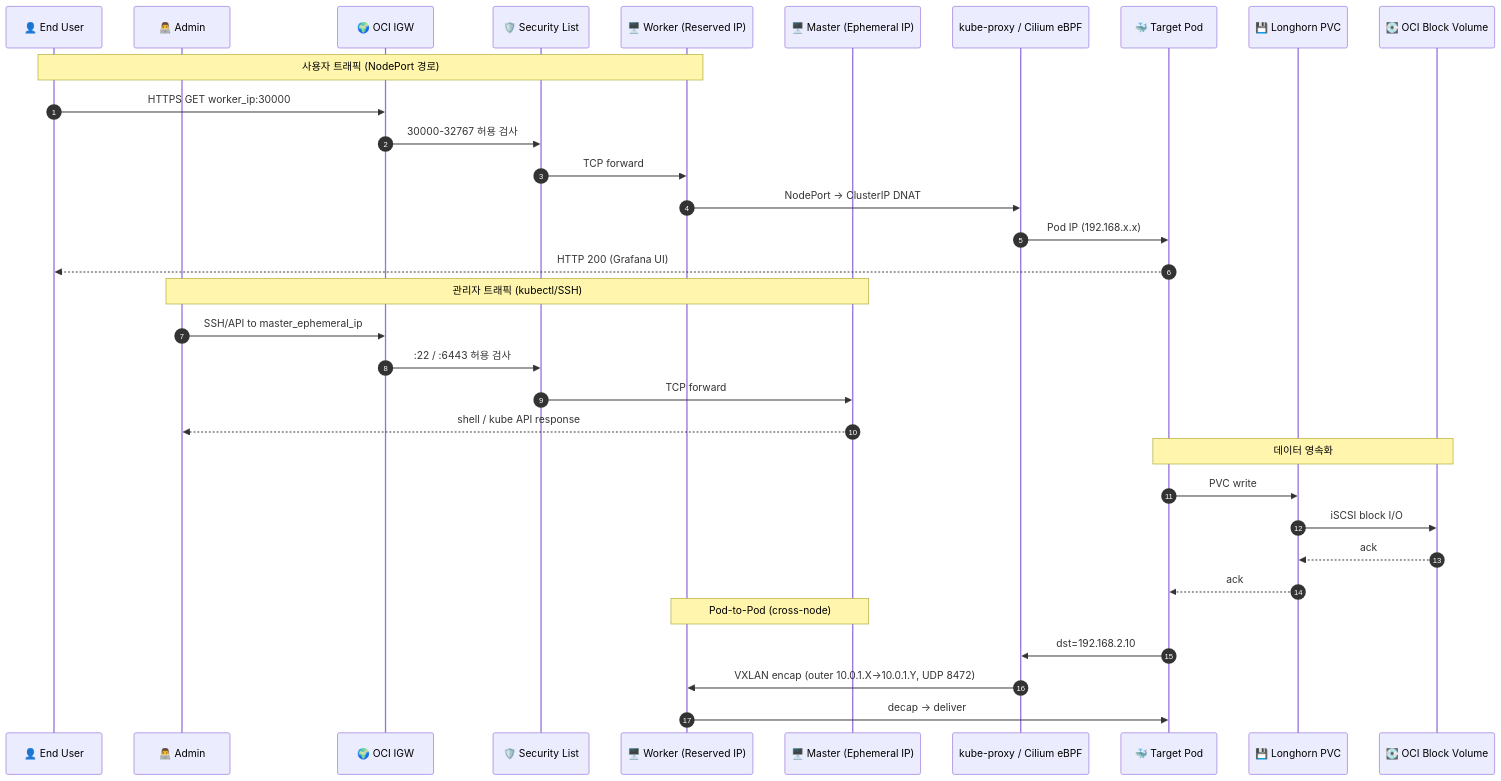
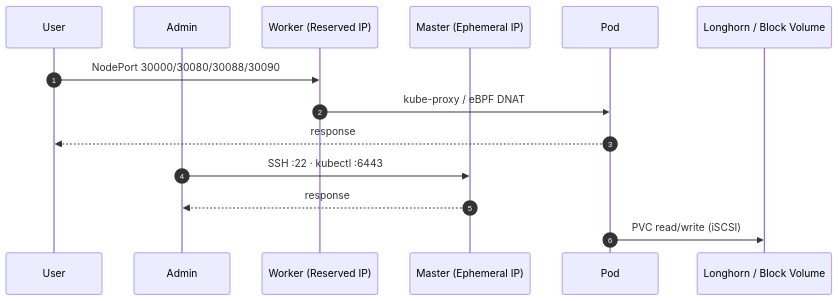
One commit to TaekyuKo/oci-k8s-production changed the fourth of 4 diagrams in README.md. Above: the diagram before and after it, drawn with Mermaid. The commit also changed other lines of this file, not shown here.

First line of the commit message:
Revise architecture and network topology sections

````diff
--- a/README.md
+++ b/README.md
@@ -476,39 +327,19 @@
 ```mermaid
 sequenceDiagram
     autonumber
-    participant U as 👤 End User
-    participant A as 👨‍💻 Admin
-    participant IGW as 🌍 OCI IGW
-    participant SL as 🛡️ Security List
-    participant W as 🖥️ Worker (Reserved IP)
-    participant M as 🖥️ Master (Ephemeral IP)
-    participant KP as kube-proxy / Cilium eBPF
-    participant POD as 🐳 Target Pod
-    participant LH as 💾 Longhorn PVC
-    participant BV as 💽 OCI Block Volume
+    participant U as User
+    participant A as Admin
+    participant W as Worker (Reserved IP)
+    participant M as Master (Ephemeral IP)
+    participant POD as Pod
+    participant LH as Longhorn / Block Volume
 
-    Note over U,W: 사용자 트래픽 (NodePort 경로)
-    U->>IGW: HTTPS GET worker_ip:30000
-    IGW->>SL: 30000-32767 허용 검사
-    SL->>W: TCP forward
-    W->>KP: NodePort → ClusterIP DNAT
-    KP->>POD: Pod IP (192.168.x.x)
-    POD-->>U: HTTP 200 (Grafana UI)
+    U->>W: NodePort 30000/30080/30088/30090
+    W->>POD: kube-proxy / eBPF DNAT
+    POD-->>U: response
 
-    Note over A,M: 관리자 트래픽 (kubectl/SSH)
-    A->>IGW: SSH/API to master_ephemeral_ip
-    IGW->>SL: :22 / :6443 허용 검사
-    SL->>M: TCP forward
-    M-->>A: shell / kube API response
+    A->>M: SSH :22 · kubectl :6443
+    M-->>A: response
 
-    Note over POD,BV: 데이터 영속화
-    POD->>LH: PVC write
-    LH->>BV: iSCSI block I/O
-    BV-->>LH: ack
-    LH-->>POD: ack
-
-    Note over M,W: Pod-to-Pod (cross-node)
-    POD->>KP: dst=192.168.2.10
-    KP->>W: VXLAN encap (outer 10.0.1.X→10.0.1.Y, UDP 8472)
-    W->>POD: decap → deliver
+    POD->>LH: PVC read/write (iSCSI)
 ```
````
